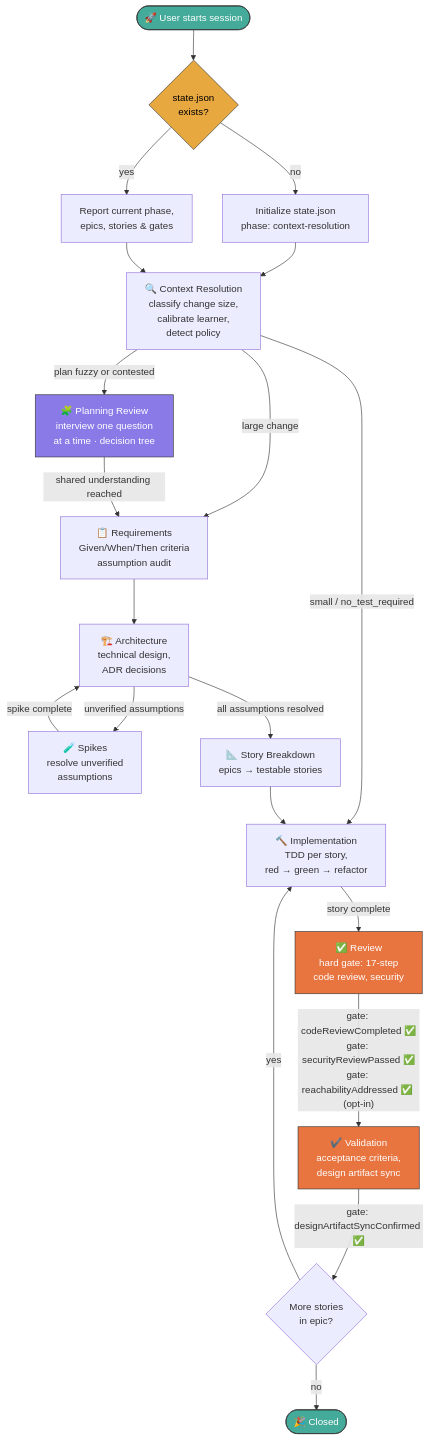
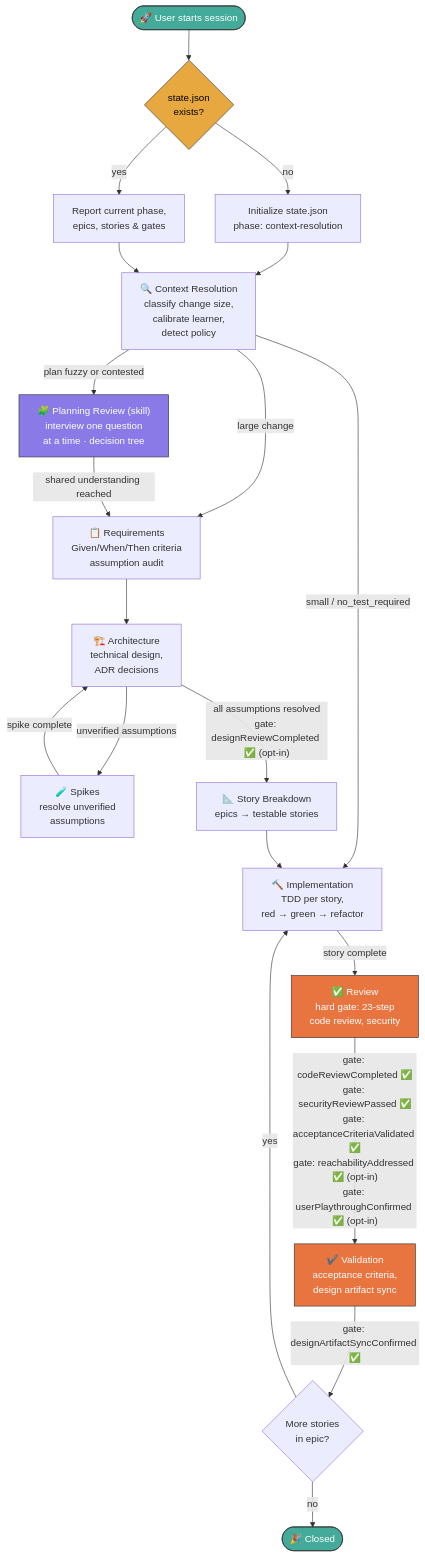
One commit to naishtech/cadet-agent changed the diagram in README.md. Above: the diagram before and after it, drawn with Mermaid. The commit also changed other lines of this file and 82 other files, not shown here.

````diff
--- a/README.md
+++ b/README.md
@@ -113,48 +115,48 @@
 ```mermaid
 flowchart TD
     START(["🚀 User starts session"])
     RESUME{"state.json<br/>exists?"}
     INIT["Initialize state.json<br/>phase: context-resolution"]
     REPORT["Report current phase,<br/>epics, stories & gates"]
     CR["🔍 Context Resolution<br/>classify change size,<br/>calibrate learner,<br/>detect policy"]
     REQ["📋 Requirements<br/>Given/When/Then criteria<br/>assumption audit"]
-    PLANREV["🧩 Planning Review<br/>interview one question<br/>at a time · decision tree"]
+    PLANREV["🧩 Planning Review (skill)<br/>interview one question<br/>at a time · decision tree"]
     ARCH["🏗️ Architecture<br/>technical design,<br/>ADR decisions"]
     SPIKE["🧪 Spikes<br/>resolve unverified<br/>assumptions"]
     BREAKDOWN["📐 Story Breakdown<br/>epics → testable stories"]
     IMPL["🔨 Implementation<br/>TDD per story,<br/>red → green → refactor"]
-    REVIEW["✅ Review<br/>hard gate: 17-step<br/>code review, security"]
+    REVIEW["✅ Review<br/>hard gate: 23-step<br/>code review, security"]
     VALIDATE["✔️ Validation<br/>acceptance criteria,<br/>design artifact sync"]
     CLOSED(["🎉 Closed"])
     NEXT_STORY{"More stories<br/>in epic?"}
 
     START --> RESUME
     RESUME -->|"no"| INIT --> CR
     RESUME -->|"yes"| REPORT --> CR
 
     CR -->|"large change"| REQ
     CR -->|"plan fuzzy or contested"| PLANREV
     CR -->|"small / no_test_required"| IMPL
 
     PLANREV -->|"shared understanding reached"| REQ
 
     REQ --> ARCH
     ARCH -->|"unverified assumptions"| SPIKE
-    ARCH -->|"all assumptions resolved"| BREAKDOWN
+    ARCH -->|"all assumptions resolved<br/>gate: designReviewCompleted ✅ (opt-in)"| BREAKDOWN
     SPIKE -->|"spike complete"| ARCH
 
     BREAKDOWN --> IMPL
 
     IMPL -->|"story complete"| REVIEW
-    REVIEW -->|"gate: codeReviewCompleted ✅<br/>gate: securityReviewPassed ✅<br/>gate: reachabilityAddressed ✅ (opt-in)"| VALIDATE
+    REVIEW -->|"gate: codeReviewCompleted ✅<br/>gate: securityReviewPassed ✅<br/>gate: acceptanceCriteriaValidated ✅<br/>gate: reachabilityAddressed ✅ (opt-in)<br/>gate: userPlaythroughConfirmed ✅ (opt-in)"| VALIDATE
     VALIDATE -->|"gate: designArtifactSyncConfirmed ✅"| NEXT_STORY
     NEXT_STORY -->|"yes"| IMPL
     NEXT_STORY -->|"no"| CLOSED
 
     style START fill:#4a9,stroke:#333,color:#fff
     style CLOSED fill:#4a9,stroke:#333,color:#fff
     style RESUME fill:#e8a840,stroke:#333,color:#000
     style PLANREV fill:#8a7ae8,stroke:#333,color:#fff
     style REVIEW fill:#e87440,stroke:#333,color:#fff
     style VALIDATE fill:#e87440,stroke:#333,color:#fff
 ```
````
